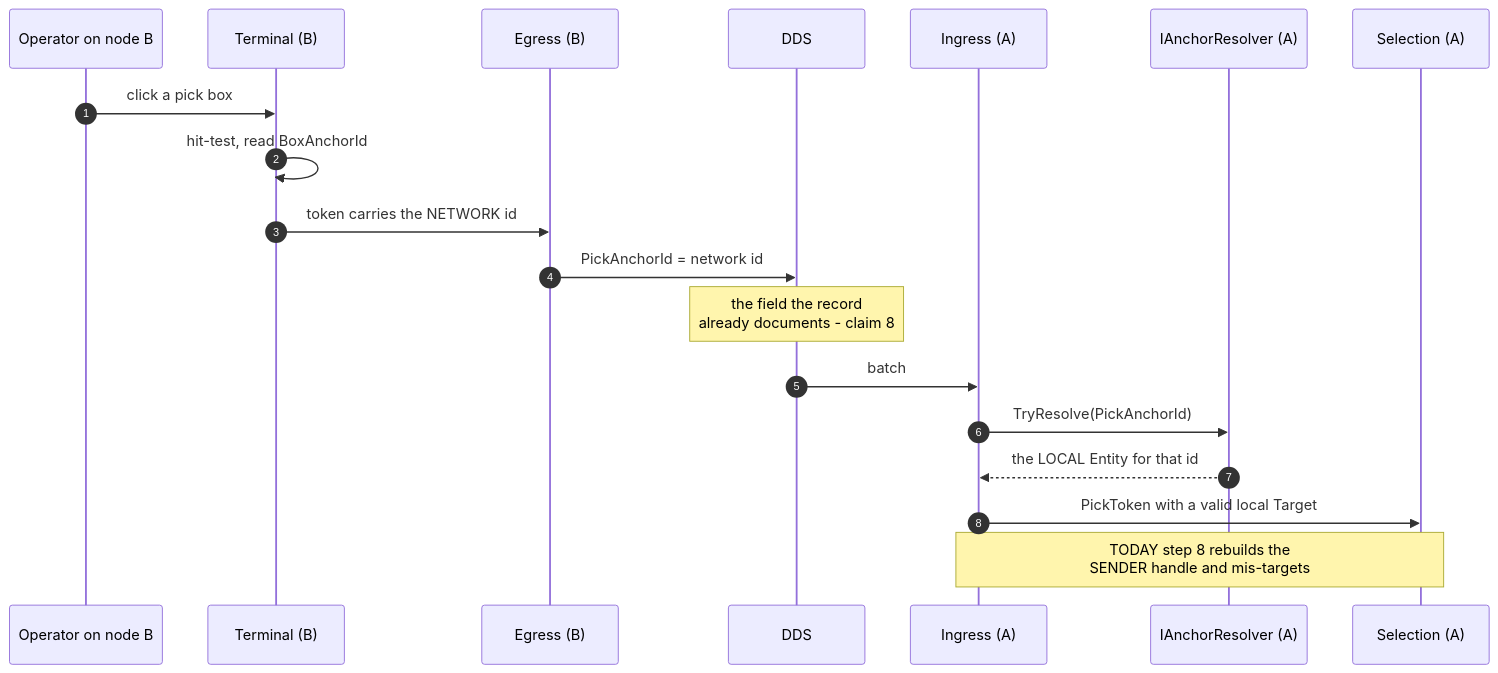
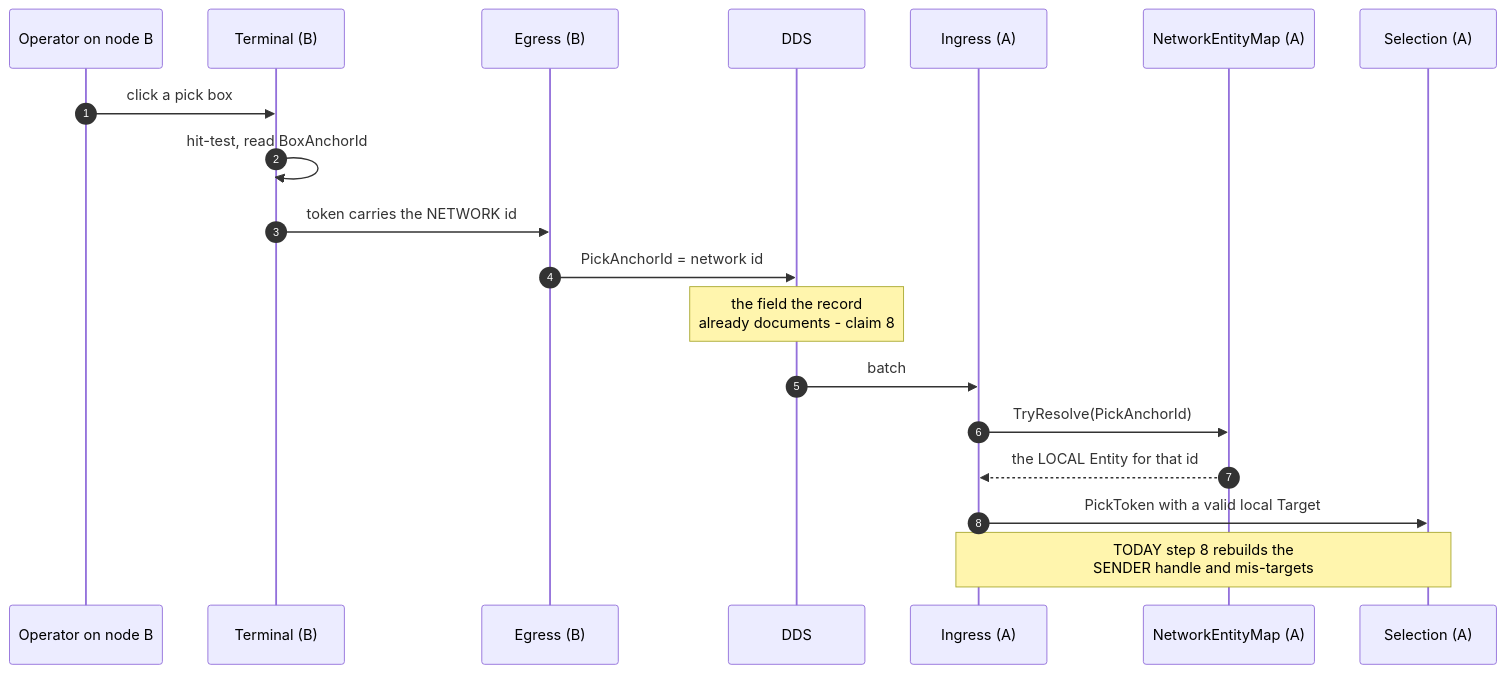
One commit to pjanec/HROT changed the third of 3 diagrams in docs/DESIGN_Gizmo_Anchor_Identity.md. Above: the diagram before and after it, drawn with Mermaid. The commit also changed other lines of this file and 6 other files, not shown here.

````diff
--- a/docs/DESIGN_Gizmo_Anchor_Identity.md
+++ b/docs/DESIGN_Gizmo_Anchor_Identity.md
@@ -219,22 +217,22 @@
 ```mermaid
 sequenceDiagram
     autonumber
     participant OpB as Operator on node B
     participant TermB as Terminal (B)
     participant EgB as Egress (B)
     participant DDS as DDS
     participant InA as Ingress (A)
-    participant ResA as IAnchorResolver (A)
+    participant ResA as NetworkEntityMap (A)
     participant SelA as Selection (A)
 
     OpB->>TermB: click a pick box
     TermB->>TermB: hit-test, read BoxAnchorId
     TermB->>EgB: token carries the NETWORK id
     EgB->>DDS: PickAnchorId = network id
     Note over DDS: the field the record<br/>already documents - claim 8
     DDS->>InA: batch
     InA->>ResA: TryResolve(PickAnchorId)
     ResA-->>InA: the LOCAL Entity for that id
     InA->>SelA: PickToken with a valid local Target
     Note over InA,SelA: TODAY step 8 rebuilds the<br/>SENDER handle and mis-targets
 ```
````
